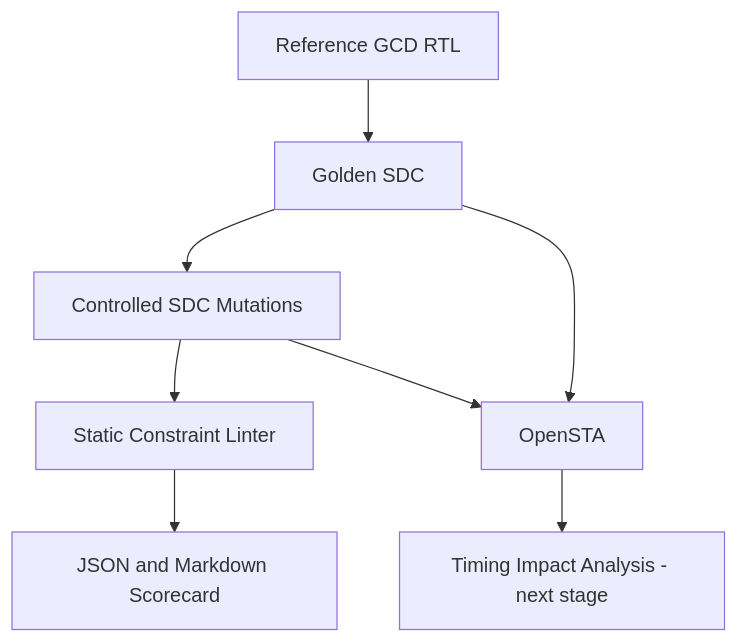
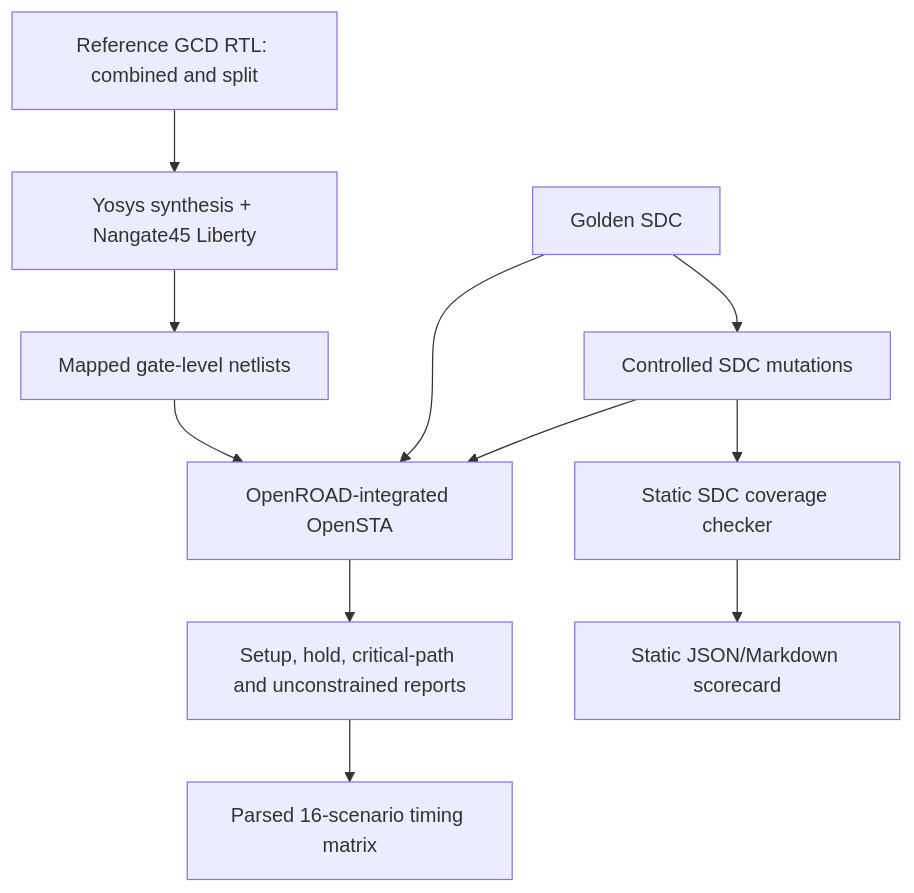
Before and after one commit to arshath-007/timingforge-gcd-sta-lab: the diagram in README.md, drawn with Mermaid. The commit also changed other lines of this file, not shown here.

Commit message:
docs: finalize TimingForge README with verified STA results and roadmap

````diff
--- a/README.md
+++ b/README.md
@@ -29,10 +30,13 @@
 ```mermaid
 flowchart TD
-    A[Reference GCD RTL] --> B[Golden SDC]
-    B --> C[Controlled SDC Mutations]
-    C --> D[Static Constraint Linter]
-    D --> E[JSON and Markdown Scorecard]
-    B --> F[OpenSTA]
+    A[Reference GCD RTL: combined and split] --> B[Yosys synthesis + Nangate45 Liberty]
+    B --> C[Mapped gate-level netlists]
+    D[Golden SDC] --> E[Controlled SDC mutations]
+    D --> F[OpenROAD-integrated OpenSTA]
+    E --> G[Static SDC coverage checker]
+    E --> F
     C --> F
-    F --> G[Timing Impact Analysis - next stage]
+    G --> H[Static JSON/Markdown scorecard]
+    F --> I[Setup, hold, critical-path and unconstrained reports]
+    I --> J[Parsed 16-scenario timing matrix]
 ```
````
